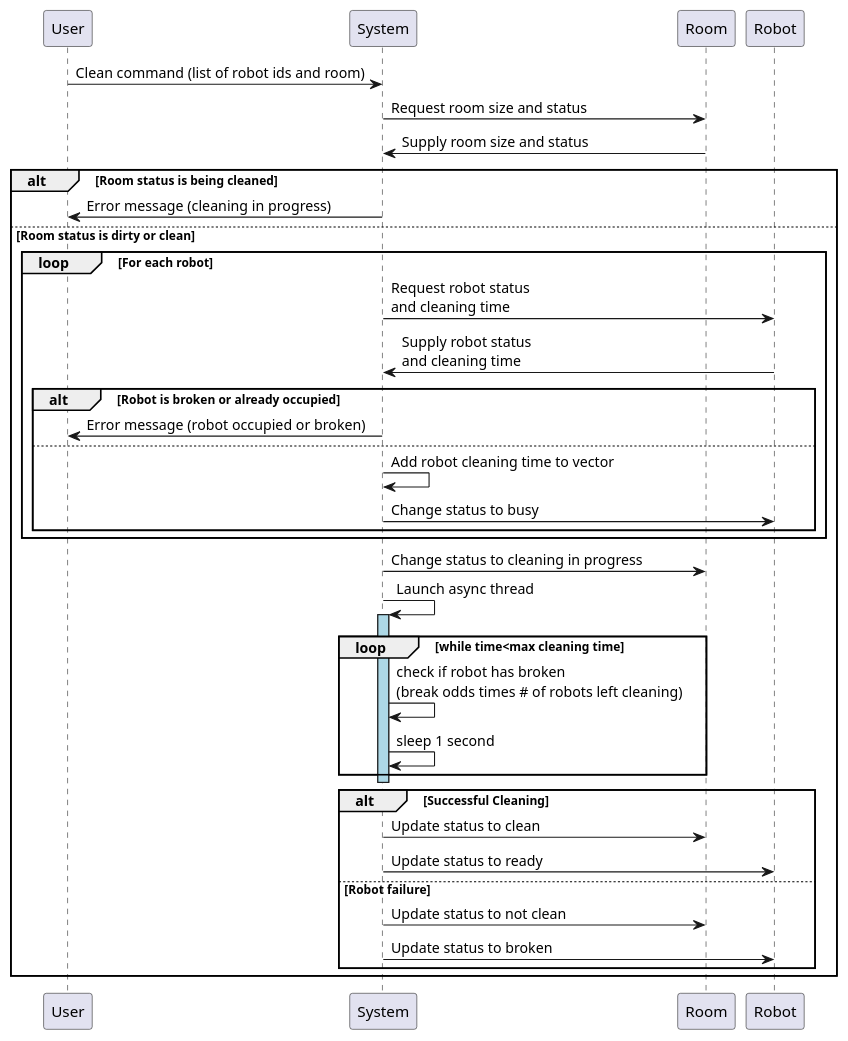
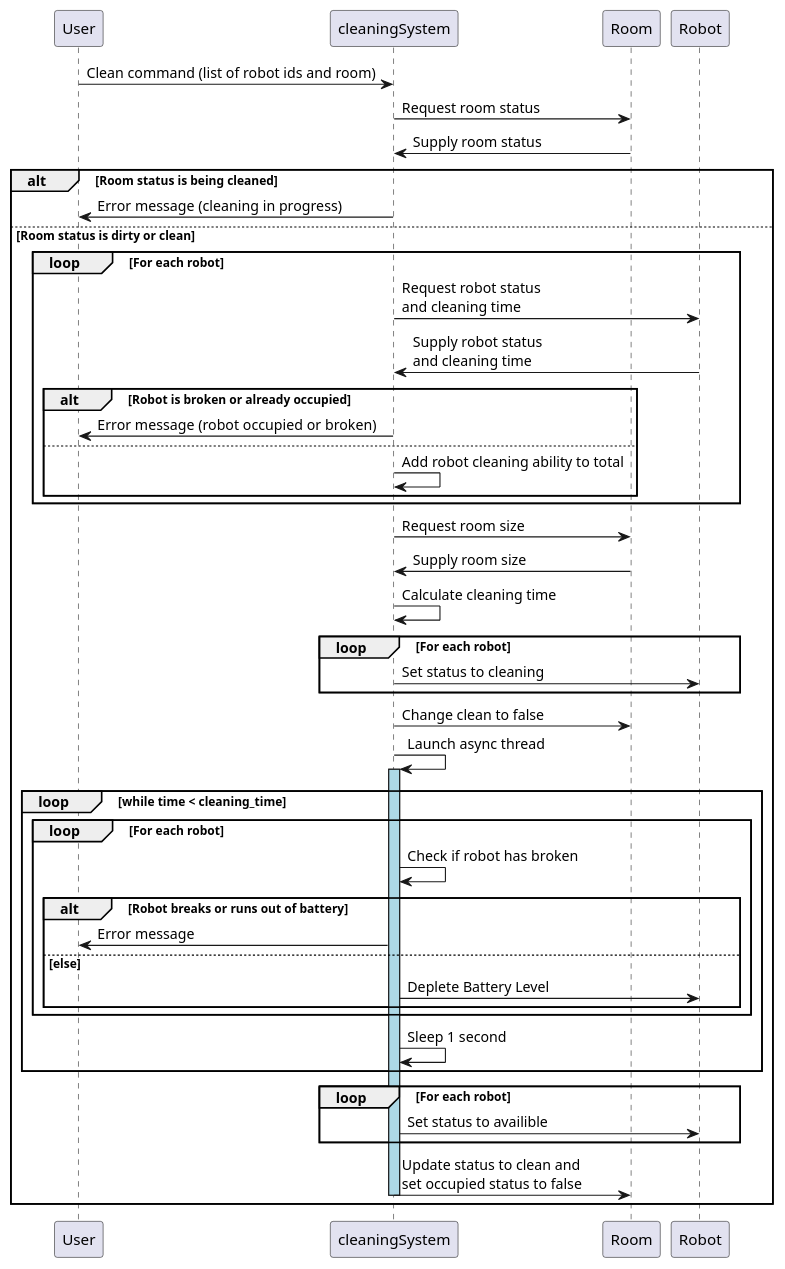
One commit to arisk02/robot-fleet-management-system changed the diagram in docs/design/sequence_diagrams/clean_room_seq_diag.puml. Above: the diagram before and after it, drawn with PlantUML.

Commit message:
updated clean sequence diagram

```diff
--- a/docs/design/sequence_diagrams/clean_room_seq_diag.puml
+++ b/docs/design/sequence_diagrams/clean_room_seq_diag.puml
@@ -1,35 +1,44 @@
 @startuml
-User -> System : Clean command (list of robot ids and room)
-System -> Room : Request room size and status
-Room -> System : Supply room size and status
+User -> cleaningSystem : Clean command (list of robot ids and room)
+cleaningSystem -> Room : Request room status
+Room -> cleaningSystem : Supply room status
 alt Room status is being cleaned 
-    System -> User : Error message (cleaning in progress)
+    cleaningSystem -> User : Error message (cleaning in progress)
 else Room status is dirty or clean
     loop For each robot
-    System -> Robot : Request robot status\nand cleaning time 
-    Robot -> System : Supply robot status\nand cleaning time
+    cleaningSystem -> Robot : Request robot status\nand cleaning time 
+    Robot -> cleaningSystem : Supply robot status\nand cleaning time
     alt Robot is broken or already occupied
-        System -> User : Error message (robot occupied or broken)
+        cleaningSystem -> User : Error message (robot occupied or broken)
     else
-        System -> System : Add robot cleaning time to vector
-        System -> Robot : Change status to busy
+        cleaningSystem -> cleaningSystem : Add robot cleaning ability to total
     end
     end
-    System -> Room : Change status to cleaning in progress
-    System -> System : Launch async thread
-    loop while time<max cleaning time
-        activate System #LightBlue
-        System -> System : check if robot has broken\n(break odds times # of robots left cleaning)
-        System -> System : sleep 1 second
+    cleaningSystem -> Room : Request room size
+    Room -> cleaningSystem : Supply room size
+    cleaningSystem -> cleaningSystem : Calculate cleaning time
+    loop For each robot
+    cleaningSystem -> Robot : Set status to cleaning
     end
-    deactivate System
-    alt Successful Cleaning
-        System -> Room : Update status to clean
-        System -> Robot : Update status to ready
-    else Robot failure
-        System -> Room : Update status to not clean
-        System -> Robot : Update status to broken
+    cleaningSystem -> Room : Change clean to false
+    cleaningSystem -> cleaningSystem : Launch async thread
+    loop while time < cleaning_time
+        activate cleaningSystem #LightBlue
+        loop For each robot
+        cleaningSystem -> cleaningSystem : Check if robot has broken
+        alt Robot breaks or runs out of battery
+            cleaningSystem -> User : Error message
+        else else
+            cleaningSystem -> Robot : Deplete Battery Level
+            end
+        end
+        cleaningSystem -> cleaningSystem : Sleep 1 second
     end
+    loop For each robot
+    cleaningSystem -> Robot : Set status to availible
+    end
+     cleaningSystem -> Room : Update status to clean and \nset occupied status to false
+    deactivate cleaningSystem
 end
 
 @enduml
```
